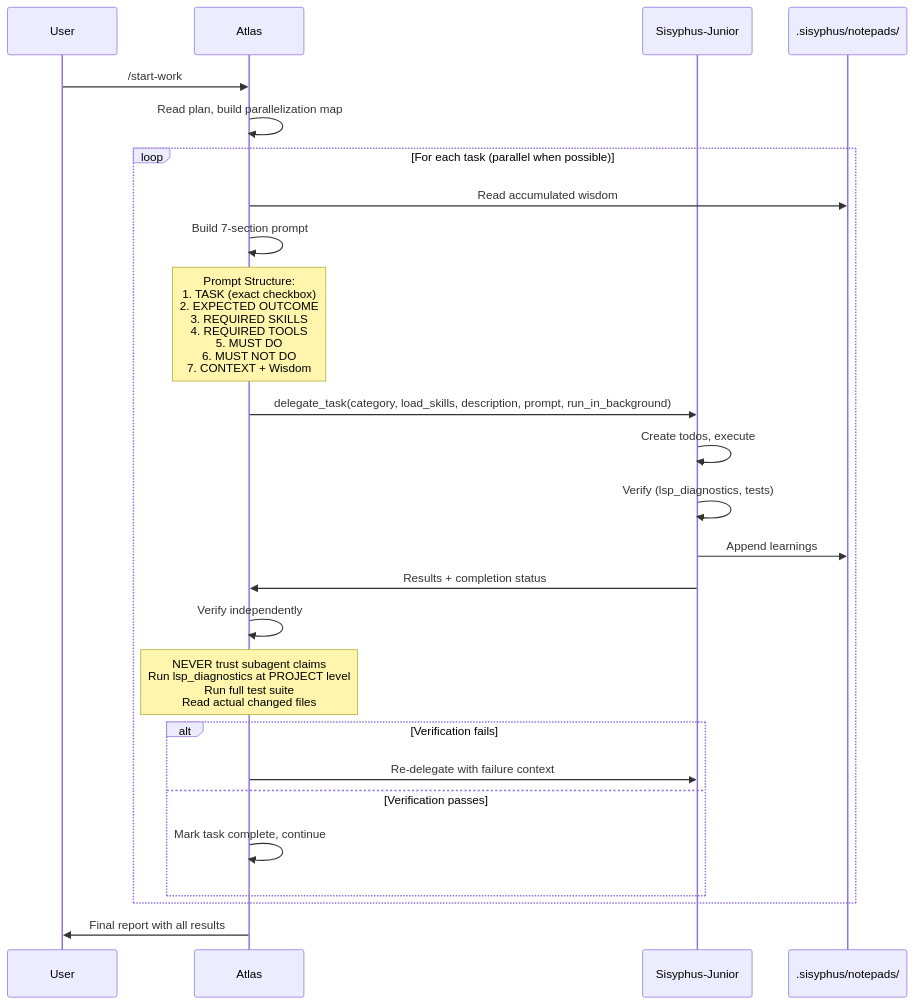
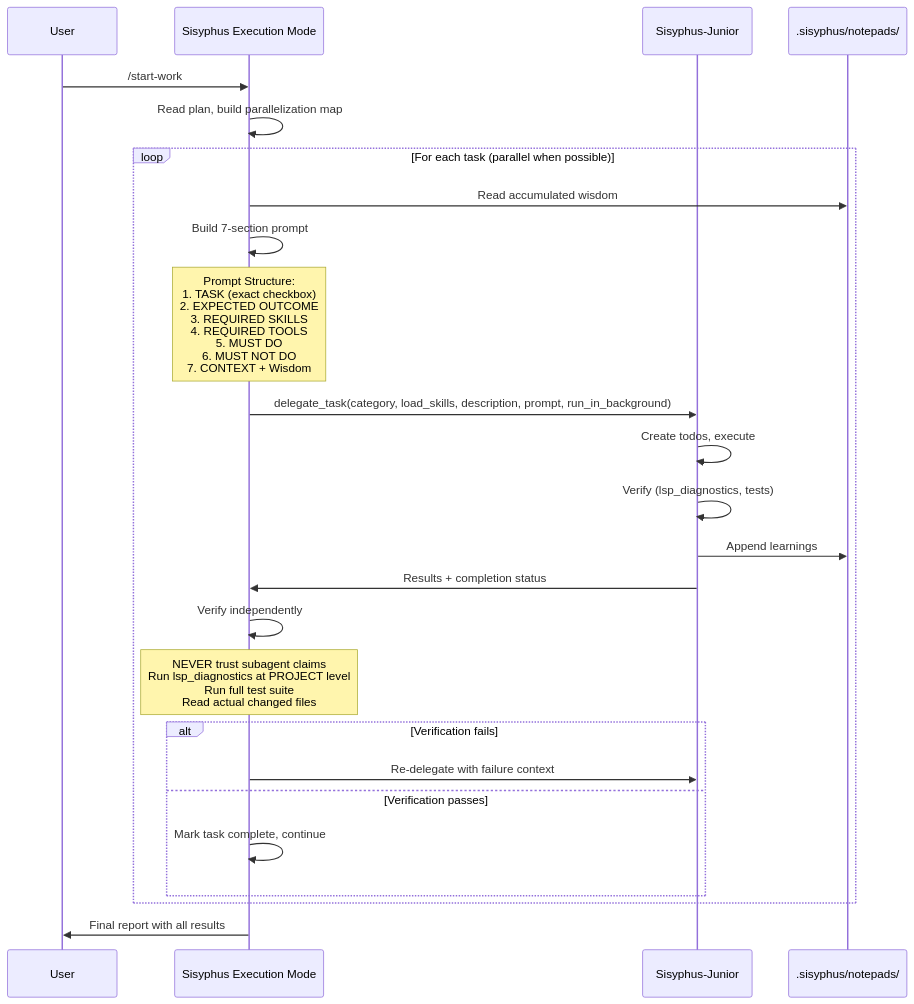
The fourth of 4 diagrams in docs/guide/understanding-orchestration-system.md (arcthur/oh-my-opencode), drawn with Mermaid before and after one commit. The commit also changed other lines of this file and 100 other files, not shown here.

First line of the commit message:
refactor: remove Atlas agent and call_omo_agent, clarify orchestrator boundaries

````diff
--- a/docs/guide/understanding-orchestration-system.md
+++ b/docs/guide/understanding-orchestration-system.md
@@ -378,35 +378,35 @@
 ```mermaid
 sequenceDiagram
     participant User
-    participant Orchestrator as Atlas
+    participant Orchestrator as Sisyphus Execution Mode
     participant Junior as Sisyphus-Junior
     participant Notepad as .sisyphus/notepads/
     
     User->>Orchestrator: /start-work
     Orchestrator->>Orchestrator: Read plan, build parallelization map
     
     loop For each task (parallel when possible)
         Orchestrator->>Notepad: Read accumulated wisdom
         Orchestrator->>Orchestrator: Build 7-section prompt
         
         Note over Orchestrator: Prompt Structure:<br/>1. TASK (exact checkbox)<br/>2. EXPECTED OUTCOME<br/>3. REQUIRED SKILLS<br/>4. REQUIRED TOOLS<br/>5. MUST DO<br/>6. MUST NOT DO<br/>7. CONTEXT + Wisdom
         
         Orchestrator->>Junior: delegate_task(category, load_skills, description, prompt, run_in_background)
         
         Junior->>Junior: Create todos, execute
         Junior->>Junior: Verify (lsp_diagnostics, tests)
         Junior->>Notepad: Append learnings
         Junior->>Orchestrator: Results + completion status
         
         Orchestrator->>Orchestrator: Verify independently
         Note over Orchestrator: NEVER trust subagent claims<br/>Run lsp_diagnostics at PROJECT level<br/>Run full test suite<br/>Read actual changed files
         
         alt Verification fails
             Orchestrator->>Junior: Re-delegate with failure context
         else Verification passes
             Orchestrator->>Orchestrator: Mark task complete, continue
         end
     end
     
     Orchestrator->>User: Final report with all results
 ```
````
